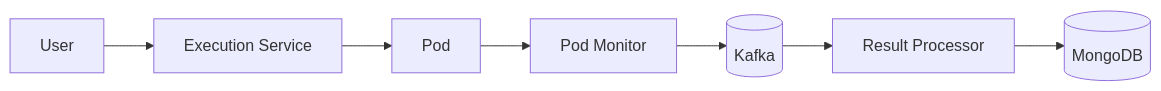
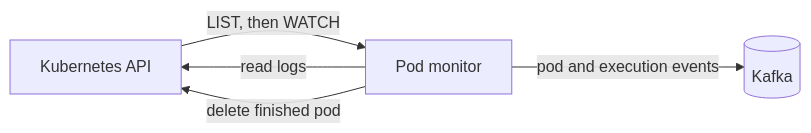
Before and after one commit to HardMax71/Integr8sCode: the diagram in docs/components/workers/pod_monitor.md, drawn with Mermaid. The commit also changed other lines of this file and 304 other files, not shown here.

````diff
--- a/docs/components/workers/pod_monitor.md
+++ b/docs/components/workers/pod_monitor.md
@@ -23,9 +5,7 @@
 ```mermaid
 graph LR
-    User[User] --> Exec[Execution Service]
-    Exec --> Pod[Pod]
-    Pod --> Monitor[Pod Monitor]
-    Monitor --> Kafka[(Kafka)]
-    Kafka --> Result[Result Processor]
-    Result --> DB[(MongoDB)]
+    K8s[Kubernetes API] -->|LIST, then WATCH| Monitor[Pod monitor]
+    Monitor -->|read logs| K8s
+    Monitor -->|pod and execution events| Kafka[(Kafka)]
+    Monitor -->|delete finished pod| K8s
 ```
````
